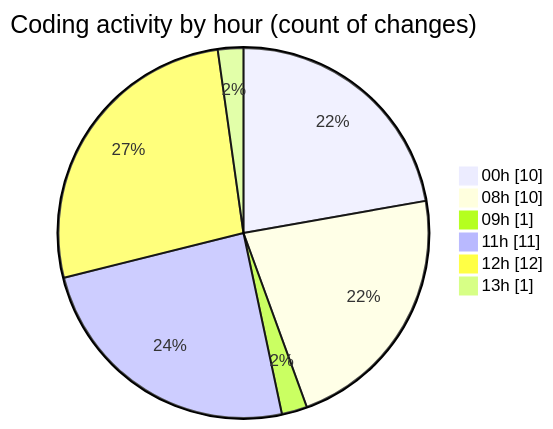
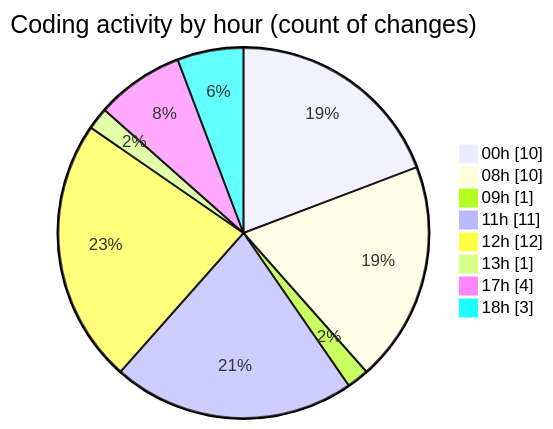
One commit to nxtqubesakshisongat/code-tracking changed the second of 2 diagrams in 2026-01-20/nxtqube_webapp/README.md. Above: the diagram before and after it, drawn with Mermaid. The commit also changed other lines of this file and 1 other file, not shown here.

````diff
--- a/2026-01-20/nxtqube_webapp/README.md
+++ b/2026-01-20/nxtqube_webapp/README.md
@@ -35,10 +36,12 @@
 ```mermaid
 pie showData
 title Coding activity by hour (count of changes)
 "00h" : 10
 "08h" : 10
 "09h" : 1
 "11h" : 11
 "12h" : 12
 "13h" : 1
+"17h" : 4
+"18h" : 3
 ```
````
